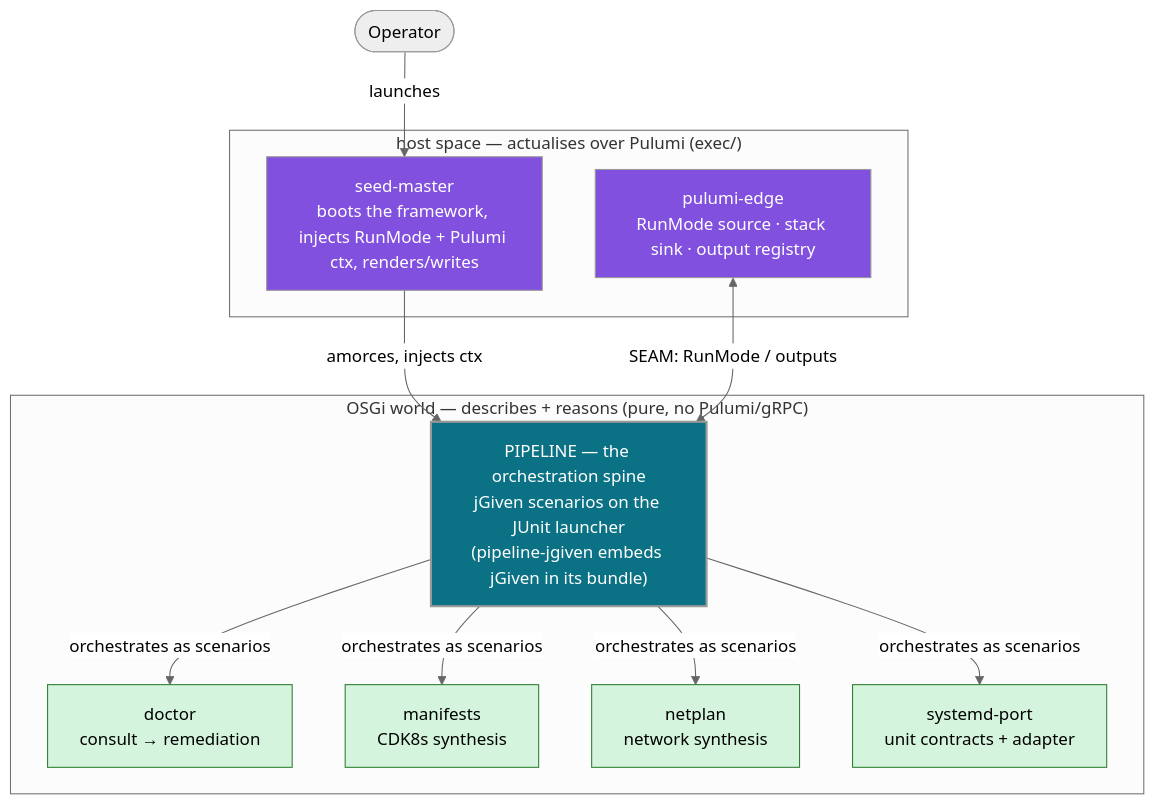
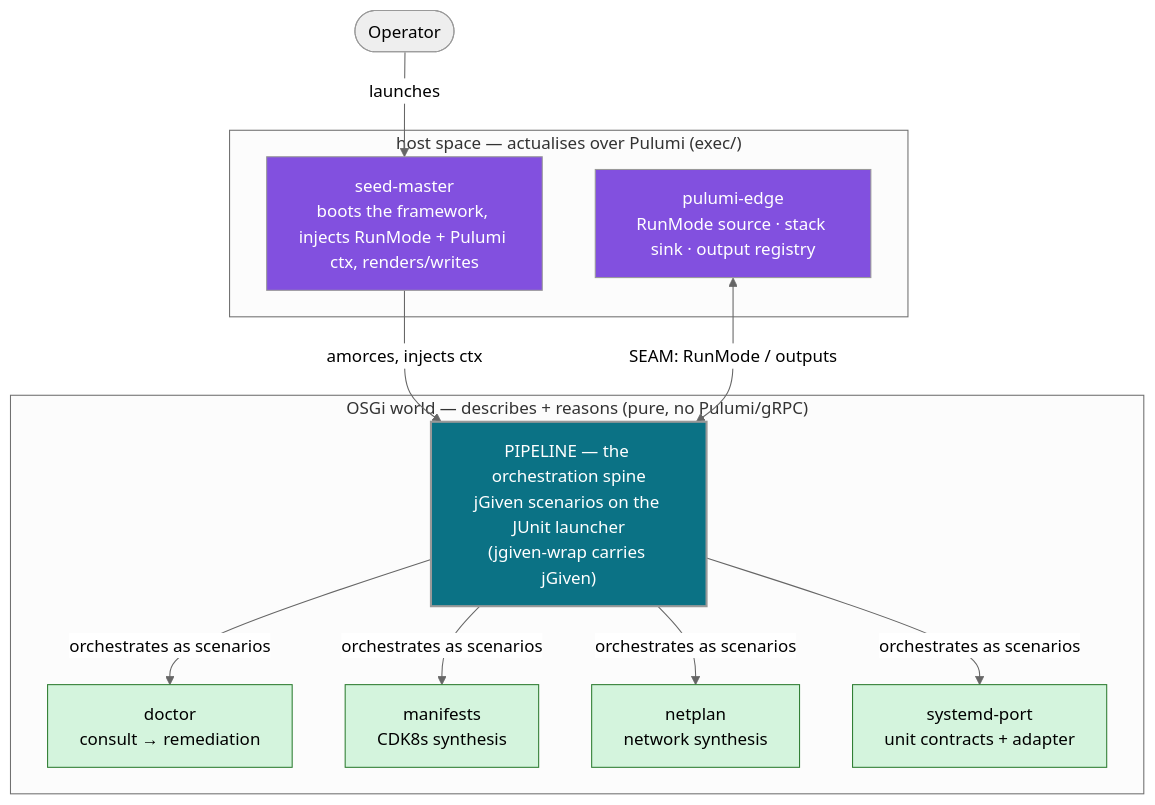
One commit to nxmatic/rke2lab changed the second of 3 diagrams in docs/architecture/bdd/bdd.adoc. Above: the diagram before and after it, drawn with Mermaid (neutral theme). The commit also changed other lines of this file and 19 other files, not shown here.

```diff
--- a/docs/architecture/bdd/bdd.adoc
+++ b/docs/architecture/bdd/bdd.adoc
@@ -100,27 +100,27 @@
 [mermaid]
 ....
 flowchart TB
   op(["Operator"]):::person
   subgraph host["host space — actualises over Pulumi (exec/)"]
     seed["seed-master<br/>boots the framework, injects RunMode + Pulumi ctx, renders/writes"]:::hostc
     edge["pulumi-edge<br/>RunMode source · stack sink · output registry"]:::hostc
   end
   subgraph osgi["OSGi world — describes + reasons (pure, no Pulumi/gRPC)"]
-    pipe["PIPELINE — the orchestration spine<br/>jGiven scenarios on the JUnit launcher<br/>(pipeline-jgiven embeds jGiven in its bundle)"]:::focus
+    pipe["PIPELINE — the orchestration spine<br/>jGiven scenarios on the JUnit launcher<br/>(jgiven-wrap carries jGiven)"]:::focus
     doctor["doctor<br/>consult → remediation"]:::sub
     manifests["manifests<br/>CDK8s synthesis"]:::sub
     netplan["netplan<br/>network synthesis"]:::sub
     systemd["systemd-port<br/>unit contracts + adapter"]:::sub
   end
   op -->|launches| seed
   seed -->|amorces, injects ctx| pipe
   edge <-->|SEAM: RunMode / outputs| pipe
   pipe -->|orchestrates as scenarios| doctor
   pipe -->|orchestrates as scenarios| manifests
   pipe -->|orchestrates as scenarios| netplan
   pipe -->|orchestrates as scenarios| systemd
   classDef person fill:#eee,stroke:#999,color:#000;
   classDef focus fill:#0b7285,color:#fff,stroke-width:2px;
   classDef sub fill:#d4f4dd,stroke:#2e7d32,color:#000;
   classDef hostc fill:#8250df,color:#fff;
 ....
```
